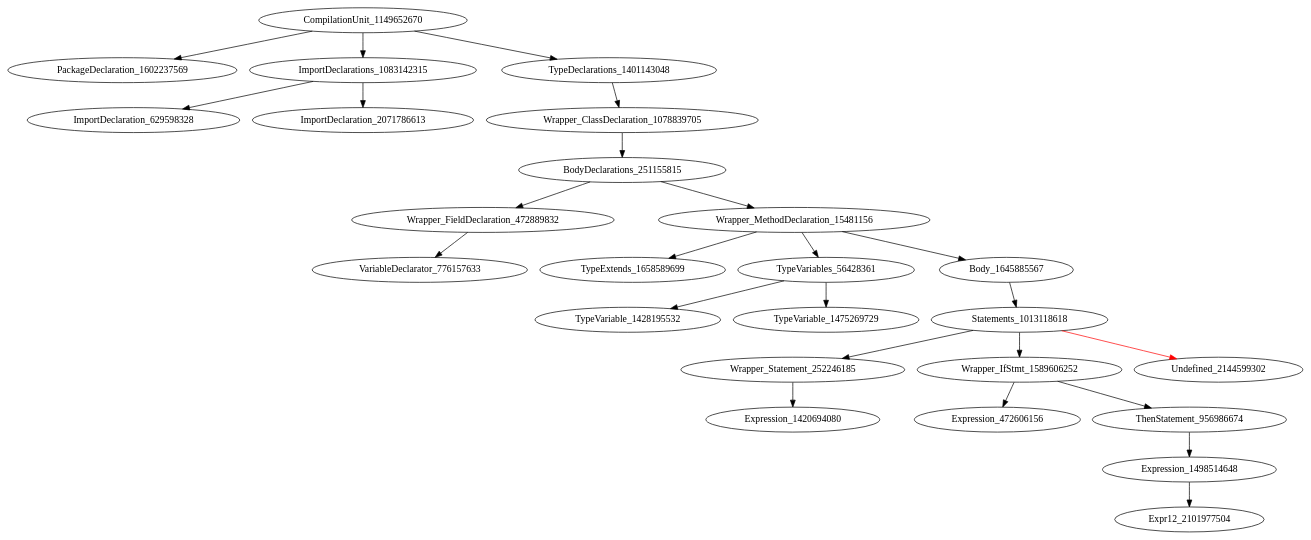
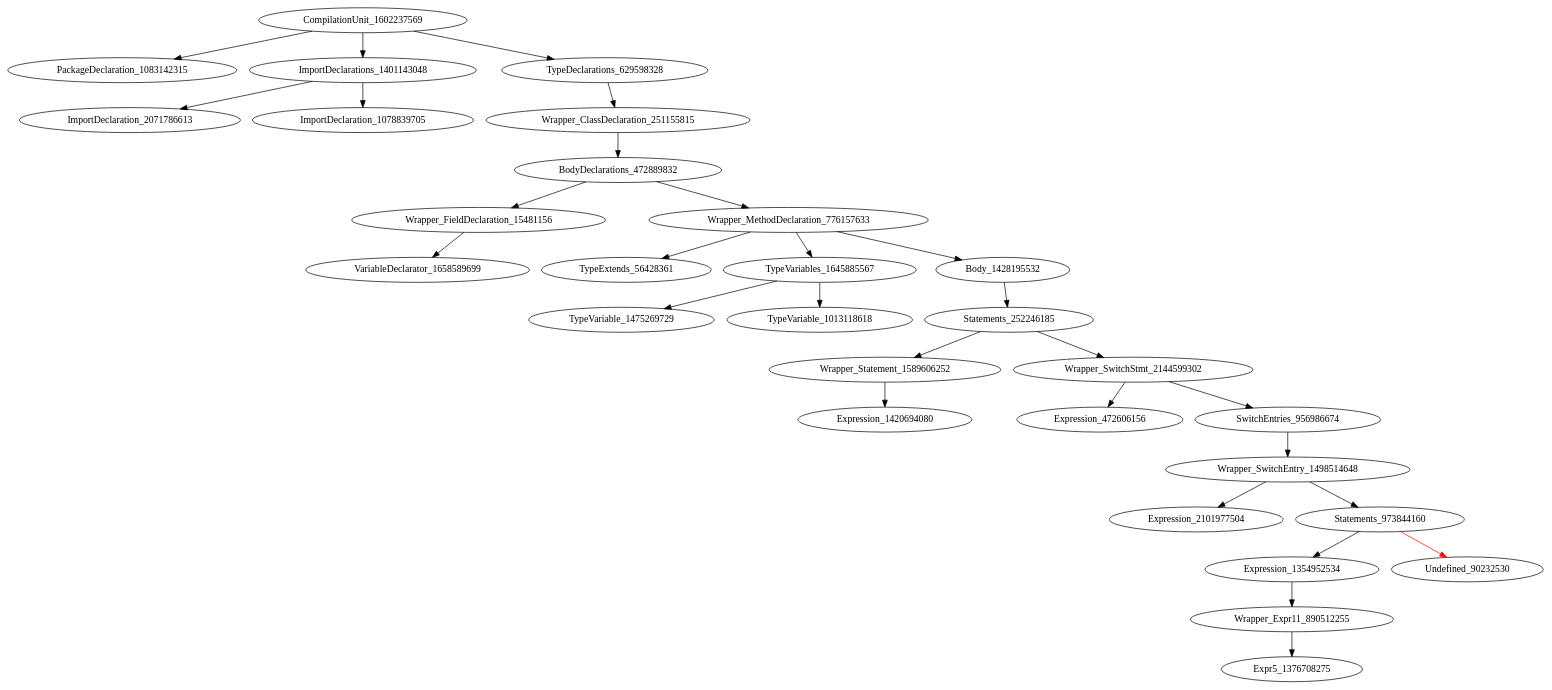
The diagram in holeAST.dot (icse2023material/VoiceJava), drawn with Graphviz before and after one commit. The commit also changed 4 other files, not shown here.

Commit message:
[add] finish code generation of expr1 in switch

```diff
--- a/holeAST.dot
+++ b/holeAST.dot
@@ -1,26 +1,30 @@
 digraph {
-CompilationUnit_1149652670 -> PackageDeclaration_1602237569
-CompilationUnit_1149652670 -> ImportDeclarations_1083142315
-CompilationUnit_1149652670 -> TypeDeclarations_1401143048
-ImportDeclarations_1083142315 -> ImportDeclaration_629598328
-ImportDeclarations_1083142315 -> ImportDeclaration_2071786613
-TypeDeclarations_1401143048 -> Wrapper_ClassDeclaration_1078839705
-Wrapper_ClassDeclaration_1078839705 -> BodyDeclarations_251155815
-BodyDeclarations_251155815 -> Wrapper_FieldDeclaration_472889832
-BodyDeclarations_251155815 -> Wrapper_MethodDeclaration_15481156
-Wrapper_FieldDeclaration_472889832 -> VariableDeclarator_776157633
-Wrapper_MethodDeclaration_15481156 -> TypeExtends_1658589699
-Wrapper_MethodDeclaration_15481156 -> TypeVariables_56428361
-Wrapper_MethodDeclaration_15481156 -> Body_1645885567
-TypeVariables_56428361 -> TypeVariable_1428195532
-TypeVariables_56428361 -> TypeVariable_1475269729
-Body_1645885567 -> Statements_1013118618
-Statements_1013118618 -> Wrapper_Statement_252246185
-Statements_1013118618 -> Wrapper_IfStmt_1589606252
-Statements_1013118618 -> Undefined_2144599302 [color = red] 
-Wrapper_Statement_252246185 -> Expression_1420694080
-Wrapper_IfStmt_1589606252 -> Expression_472606156
-Wrapper_IfStmt_1589606252 -> ThenStatement_956986674
-ThenStatement_956986674 -> Expression_1498514648
-Expression_1498514648 -> Expr12_2101977504
+CompilationUnit_1602237569 -> PackageDeclaration_1083142315
+CompilationUnit_1602237569 -> ImportDeclarations_1401143048
+CompilationUnit_1602237569 -> TypeDeclarations_629598328
+ImportDeclarations_1401143048 -> ImportDeclaration_2071786613
+ImportDeclarations_1401143048 -> ImportDeclaration_1078839705
+TypeDeclarations_629598328 -> Wrapper_ClassDeclaration_251155815
+Wrapper_ClassDeclaration_251155815 -> BodyDeclarations_472889832
+BodyDeclarations_472889832 -> Wrapper_FieldDeclaration_15481156
+BodyDeclarations_472889832 -> Wrapper_MethodDeclaration_776157633
+Wrapper_FieldDeclaration_15481156 -> VariableDeclarator_1658589699
+Wrapper_MethodDeclaration_776157633 -> TypeExtends_56428361
+Wrapper_MethodDeclaration_776157633 -> TypeVariables_1645885567
+Wrapper_MethodDeclaration_776157633 -> Body_1428195532
+TypeVariables_1645885567 -> TypeVariable_1475269729
+TypeVariables_1645885567 -> TypeVariable_1013118618
+Body_1428195532 -> Statements_252246185
+Statements_252246185 -> Wrapper_Statement_1589606252
+Statements_252246185 -> Wrapper_SwitchStmt_2144599302
+Wrapper_Statement_1589606252 -> Expression_1420694080
+Wrapper_SwitchStmt_2144599302 -> Expression_472606156
+Wrapper_SwitchStmt_2144599302 -> SwitchEntries_956986674
+SwitchEntries_956986674 -> Wrapper_SwitchEntry_1498514648
+Wrapper_SwitchEntry_1498514648 -> Expression_2101977504
+Wrapper_SwitchEntry_1498514648 -> Statements_973844160
+Statements_973844160 -> Expression_1354952534
+Statements_973844160 -> Undefined_90232530 [color = red] 
+Expression_1354952534 -> Wrapper_Expr11_890512255
+Wrapper_Expr11_890512255 -> Expr5_1376708275
 }
```
